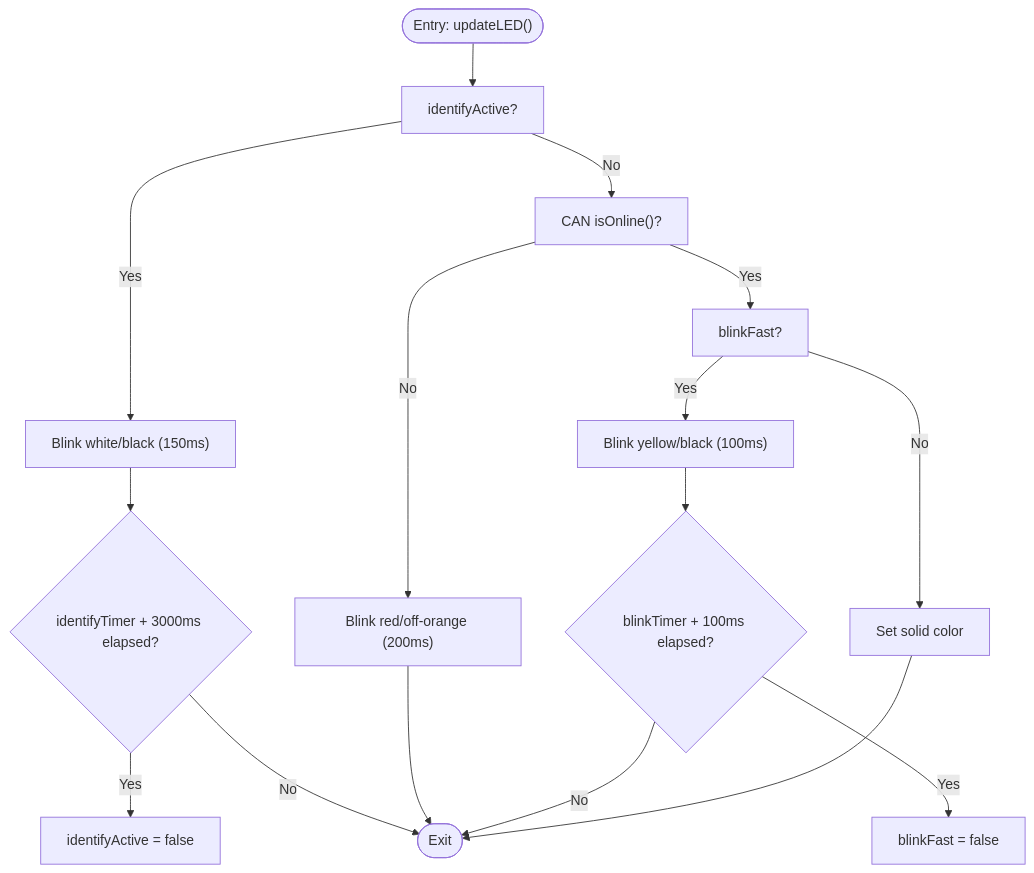
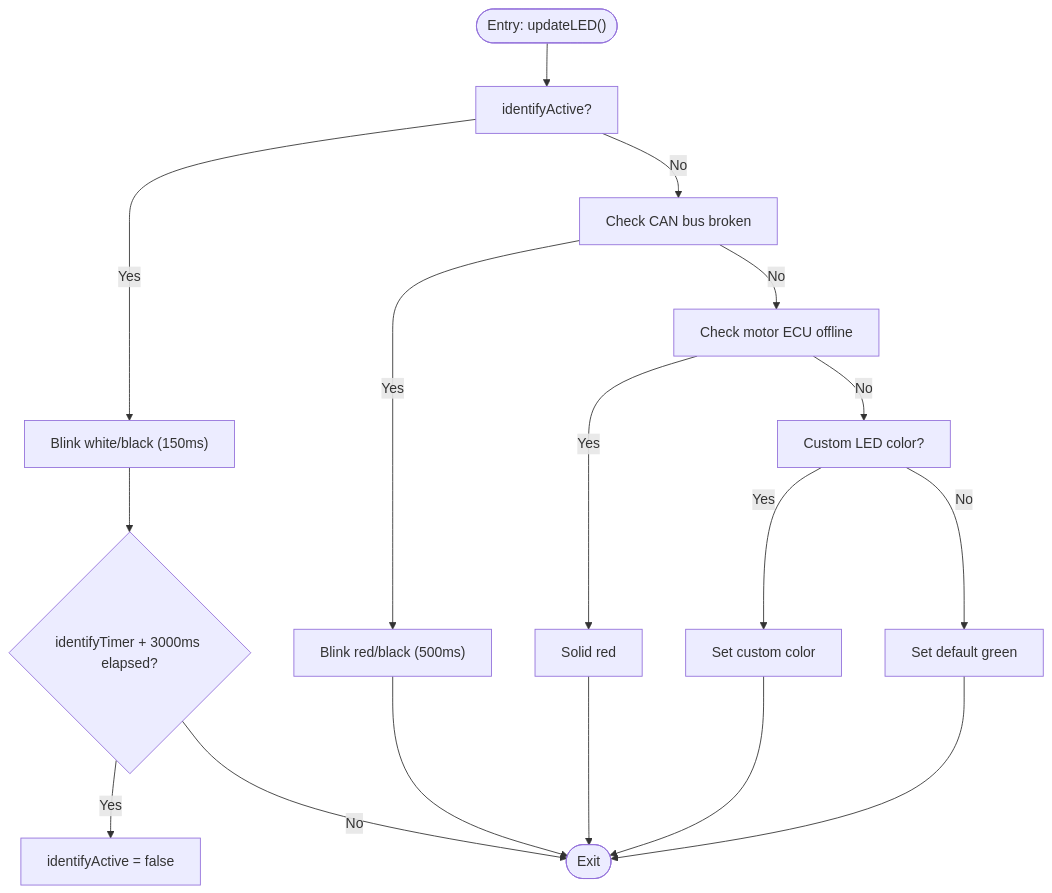
Before and after one commit to gunicsba/ESP_CAN_ECU_joystick_collection: the third of 4 diagrams in .qoder/repowiki/en/content/ECU Implementations/Motor Driver ECU/LED Status Indicator System.md, drawn with Mermaid. The commit also changed other lines of this file and 8 other files, not shown here.

````diff
--- a/.qoder/repowiki/en/content/ECU Implementations/Motor Driver ECU/LED Status Indicator System.md
+++ b/.qoder/repowiki/en/content/ECU Implementations/Motor Driver ECU/LED Status Indicator System.md
@@ -135,18 +149,19 @@
 ```mermaid
 flowchart TD
 Start(["Entry: updateLED()"]) --> CheckIdentify["identifyActive?"]
 CheckIdentify --> |Yes| WhiteBlink["Blink white/black (150ms)"]
 WhiteBlink --> TimerExpired{"identifyTimer + 3000ms elapsed?"}
 TimerExpired --> |Yes| ClearIdentify["identifyActive = false"]
 TimerExpired --> |No| End(["Exit"])
-CheckIdentify --> |No| CheckOffline["CAN isOnline()?"]
-CheckOffline --> |No| OfflineBlink["Blink red/off-orange (200ms)"]
-OfflineBlink --> End
-CheckOffline --> |Yes| CheckFast["blinkFast?"]
-CheckFast --> |Yes| FastBlink["Blink yellow/black (100ms)"]
-FastBlink --> FastTimeout{"blinkTimer + 100ms elapsed?"}
-FastTimeout --> |Yes| ClearFast["blinkFast = false"]
-FastTimeout --> |No| End
-CheckFast --> |No| SetSolid["Set solid color"]
-SetSolid --> End
+CheckIdentify --> |No| CheckBusBroken["Check CAN bus broken"]
+CheckBusBroken --> |Yes| BusBrokenBlink["Blink red/black (500ms)"]
+BusBrokenBlink --> End
+CheckBusBroken --> |No| CheckMotorOffline["Check motor ECU offline"]
+CheckMotorOffline --> |Yes| MotorOfflineSolid["Solid red"]
+MotorOfflineSolid --> End
+CheckMotorOffline --> |No| CheckCustom["Custom LED color?"]
+CheckCustom --> |Yes| SetCustom["Set custom color"]
+CheckCustom --> |No| SetDefault["Set default green"]
+SetCustom --> End
+SetDefault --> End
 ```
````
